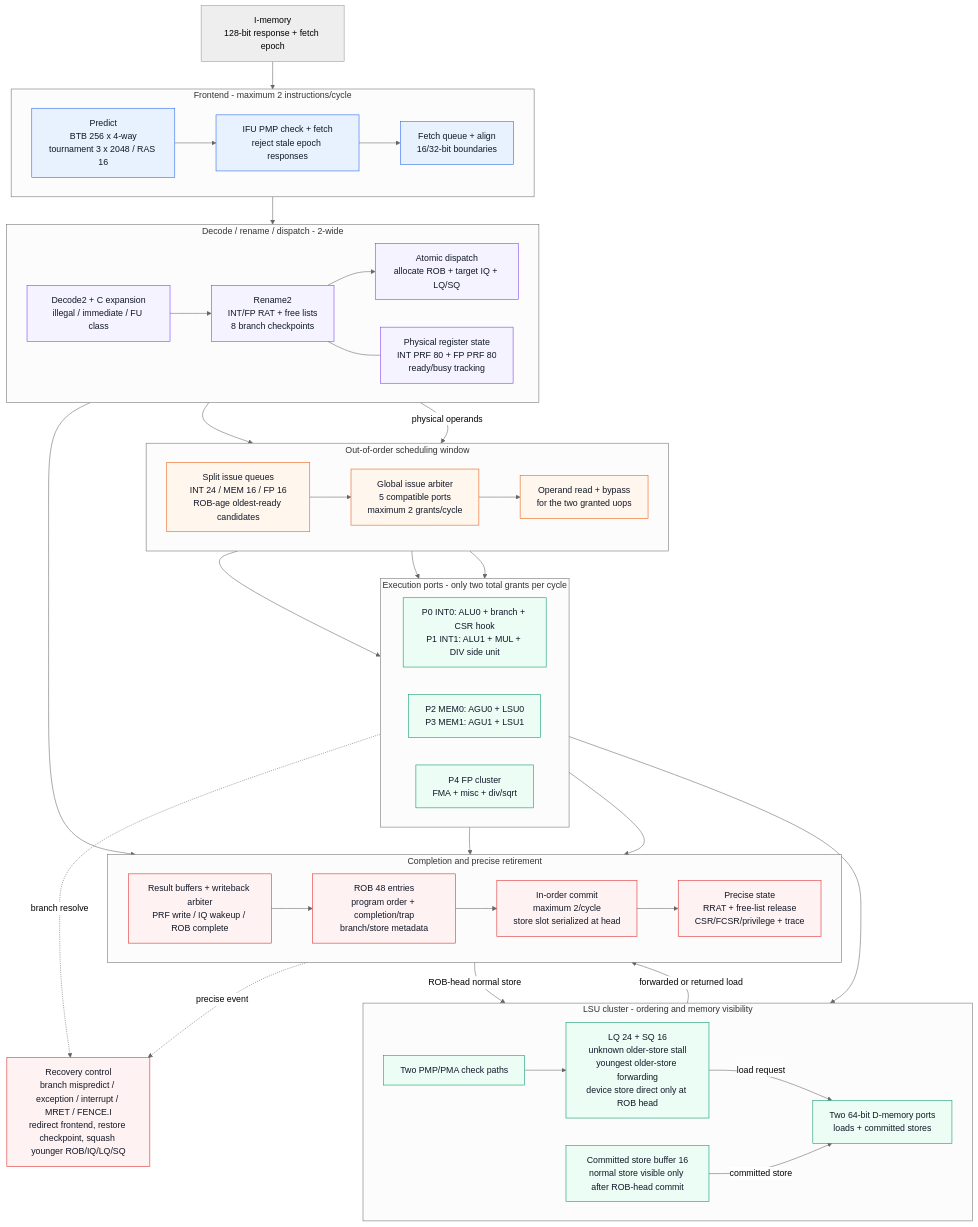
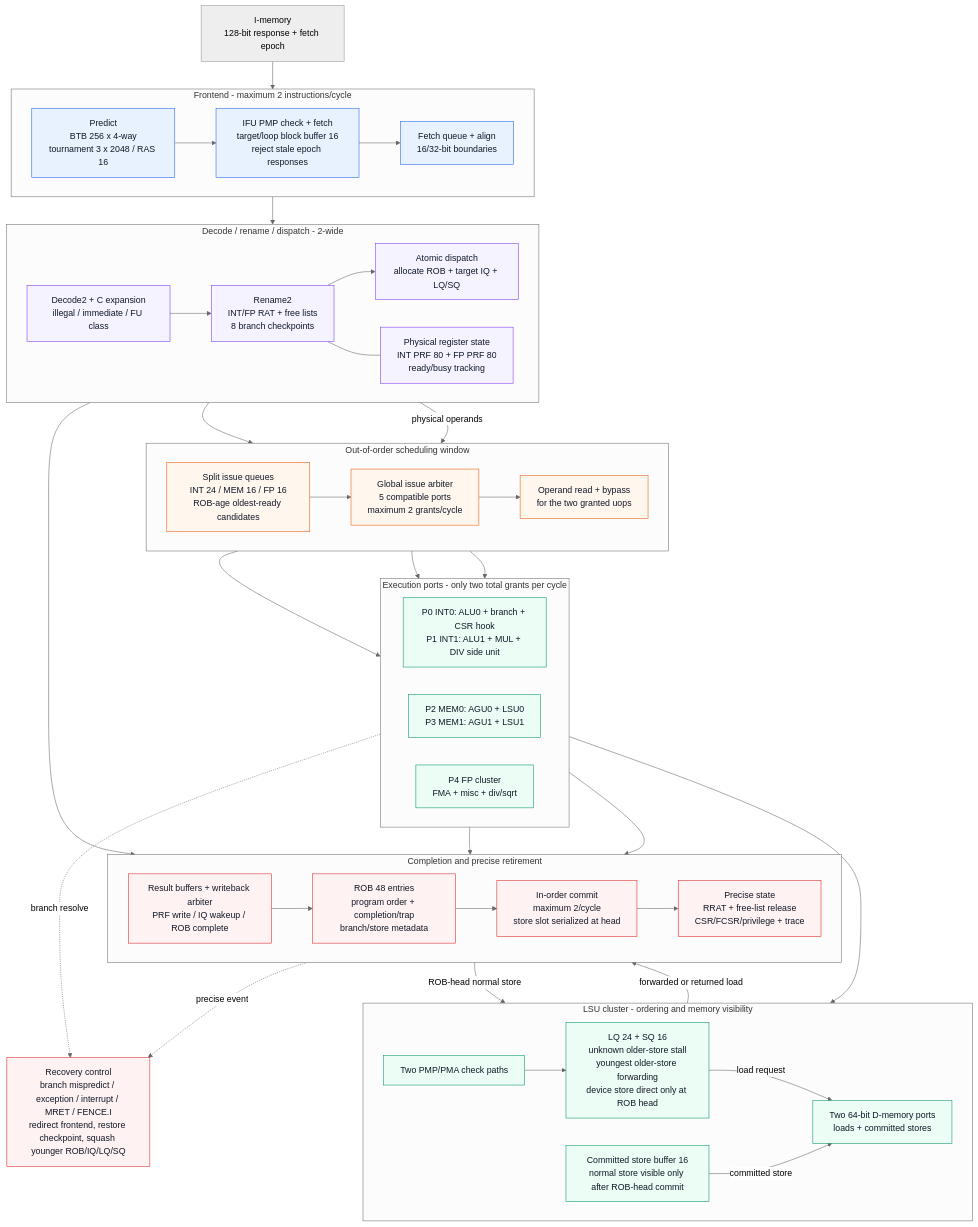
One commit to mhcp0000-jpg/core_from_home changed the first of 2 diagrams in docs/HDD_Core_Architecture.md. Above: the diagram before and after it, drawn with Mermaid (neutral theme). The commit also changed other lines of this file and 20 other files, not shown here.

```diff
--- a/docs/HDD_Core_Architecture.md
+++ b/docs/HDD_Core_Architecture.md
@@ -130,7 +130,7 @@
     subgraph FE["Frontend - maximum 2 instructions/cycle"]
       direction LR
       PRED["Predict<br/>BTB 256 x 4-way<br/>tournament 3 x 2048 / RAS 16"]
-      FETCH["IFU PMP check + fetch<br/>reject stale epoch responses"]
+      FETCH["IFU PMP check + fetch<br/>target/loop block buffer 16<br/>reject stale epoch responses"]
       FQ["Fetch queue + align<br/>16/32-bit boundaries"]
       PRED --> FETCH --> FQ
     end
```
